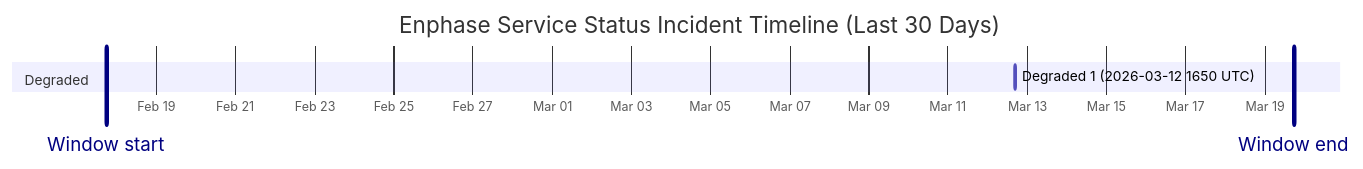
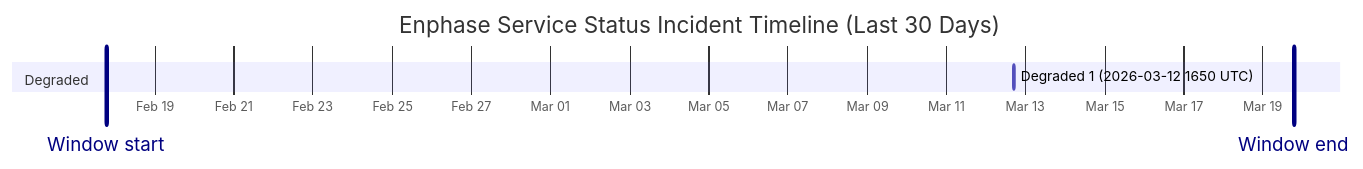
The diagram in wiki/Service-Status-History.md (barneyonline/ha-enphase-ev-charger), drawn with Mermaid before and after one commit. The commit also changed other lines of this file and 3 other files, not shown here.

````diff
--- a/wiki/Service-Status-History.md
+++ b/wiki/Service-Status-History.md
@@ -14,10 +14,10 @@
 ```mermaid
 gantt
     title Enphase Service Status Incident Timeline (Last 30 Days)
     dateFormat  YYYY-MM-DDTHH:mm:ss
     axisFormat  %b %d
-    Window start :vert, window-start, 2026-02-17T17:48:00, 0ms
-    Window end :vert, window-end, 2026-03-19T17:48:00, 0ms
+    Window start :vert, window-start, 2026-02-17T18:42:56, 0ms
+    Window end :vert, window-end, 2026-03-19T18:42:56, 0ms
     section Degraded
     Degraded 1 (2026-03-12 1650 UTC) :active, degraded-1, 2026-03-12T16:50:43, 60m
 ```
````
